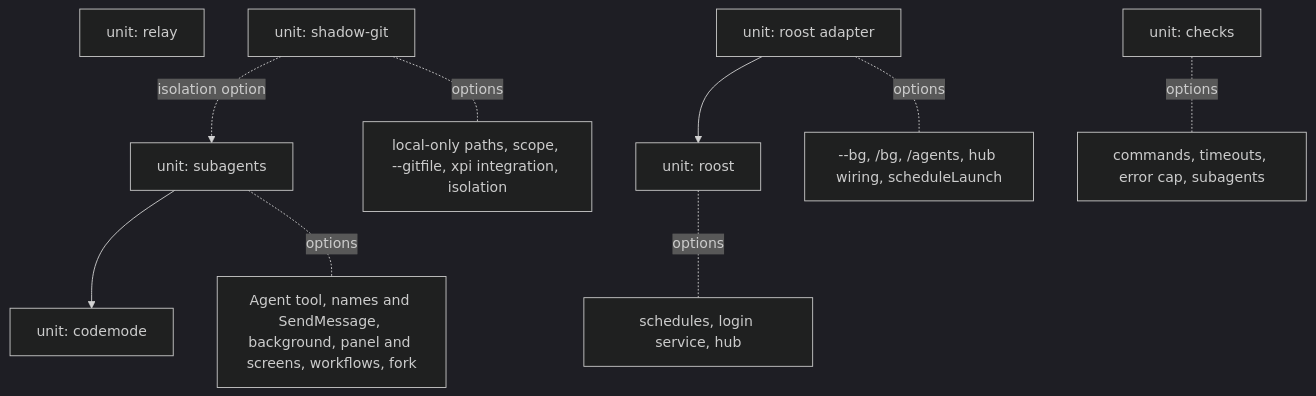
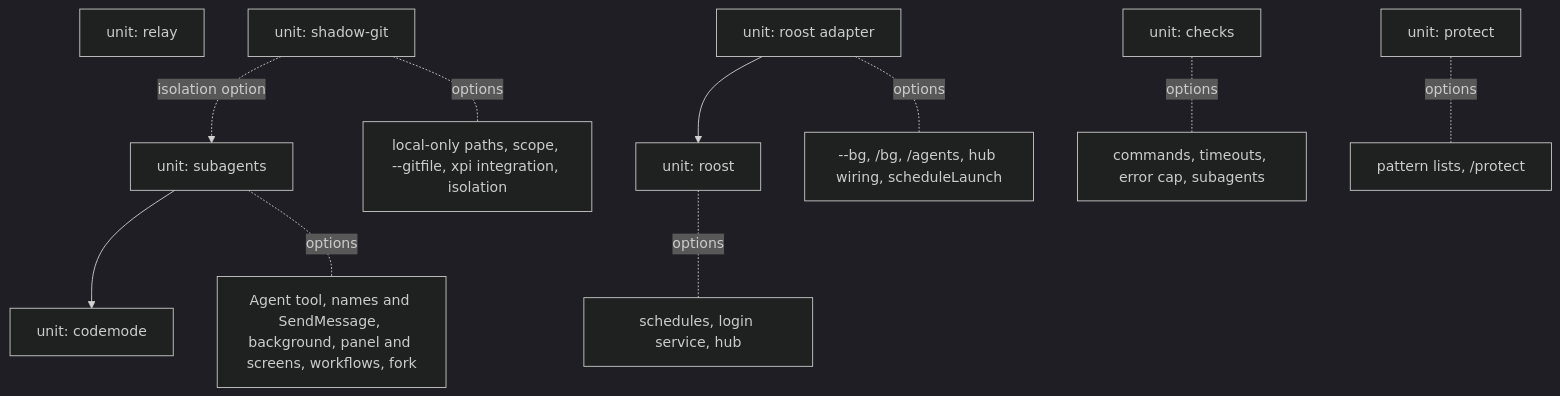
One commit to luoxin9510/xin-pi changed the diagram in packages/xpi-coding-agent/docs/porting.md. Above: the diagram before and after it, drawn with Mermaid (dark theme). The commit also changed other lines of this file and 11 other files, not shown here.

````diff
--- a/packages/xpi-coding-agent/docs/porting.md
+++ b/packages/xpi-coding-agent/docs/porting.md
@@ -36,18 +36,20 @@
 ```mermaid
 graph TD
   codemode[unit: codemode]
   subagents[unit: subagents]
   relay[unit: relay]
   roost[unit: roost]
   adapter[unit: roost adapter]
   shadowgit[unit: shadow-git]
   checks[unit: checks]
+  protect[unit: protect]
   subagents --> codemode
   adapter --> roost
   shadowgit -. isolation option .-> subagents
   subagents -. options .- o1[Agent tool, names and SendMessage, background, panel and screens, workflows, fork]
   roost -. options .- o2[schedules, login service, hub]
   shadowgit -. options .- o4[local-only paths, scope, --gitfile, xpi integration, isolation]
   checks -. options .- o5[commands, timeouts, error cap, subagents]
+  protect -. options .- o6[pattern lists, /protect]
   adapter -. options .- o3[--bg, /bg, /agents, hub wiring, scheduleLaunch]
 ```
````
